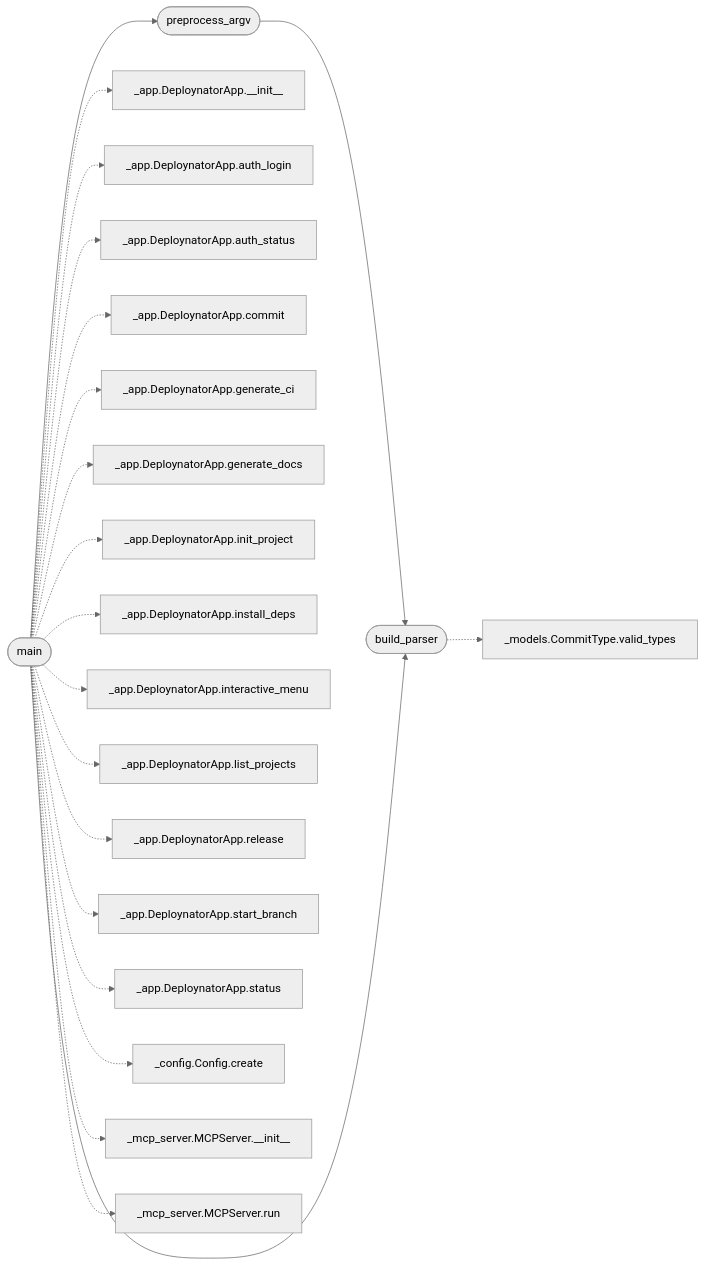
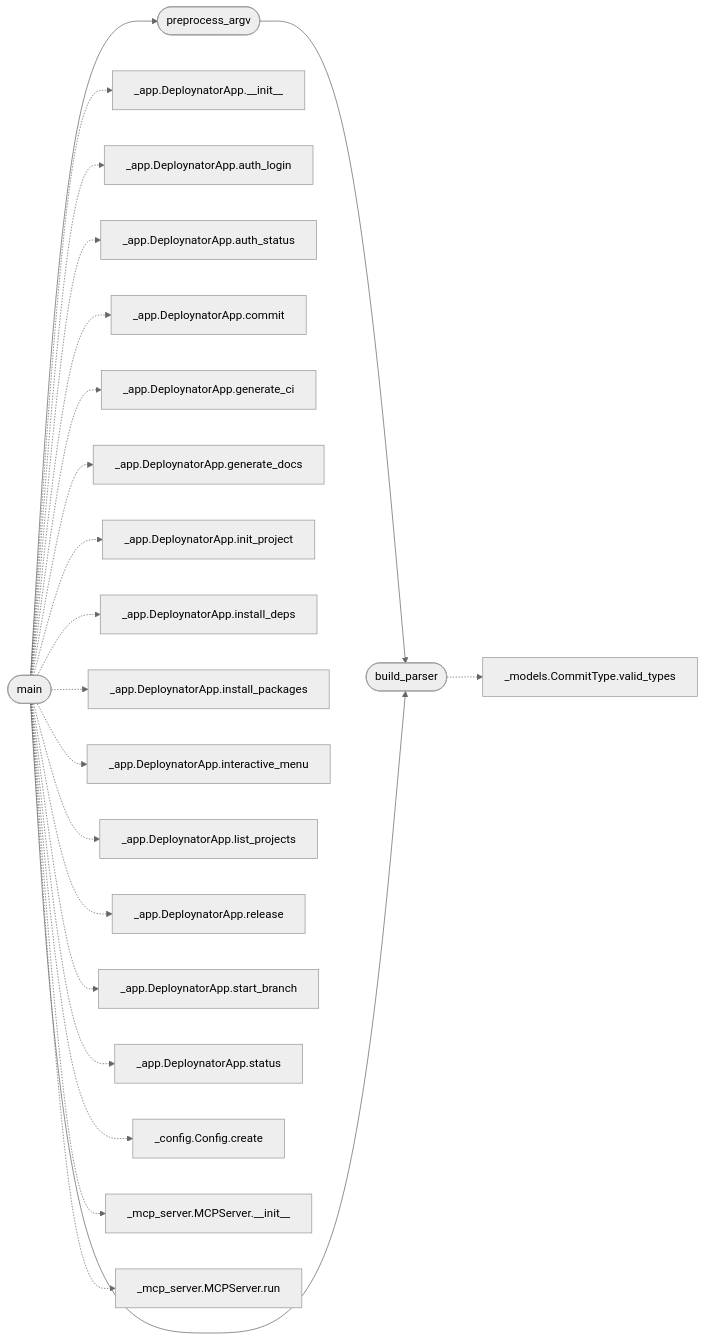
One commit to grisuno/deploynator changed the diagram in readmenator-apidocs/modules/deploynator.__main__.py.md. Above: the diagram before and after it, drawn with Mermaid (neutral theme). The commit also changed other lines of this file and 116 other files, not shown here.

First line of the commit message:
patch: app.py library example, install from PyPI

````diff
--- a/readmenator-apidocs/modules/deploynator.__main__.py.md
+++ b/readmenator-apidocs/modules/deploynator.__main__.py.md
@@ -14,43 +14,45 @@
 ```mermaid
 flowchart LR
     n_deploynator___main___py__preprocess_argv(["preprocess_argv"])
     n_deploynator___main___py__build_parser(["build_parser"])
     n_deploynator___main___py__main(["main"])
     n_deploynator__models_py__CommitType_valid_types["_models.CommitType.valid_types"]
     n_deploynator__app_py__DeploynatorApp___init__["_app.DeploynatorApp.__init__"]
     n_deploynator__app_py__DeploynatorApp_auth_login["_app.DeploynatorApp.auth_login"]
     n_deploynator__app_py__DeploynatorApp_auth_status["_app.DeploynatorApp.auth_status"]
     n_deploynator__app_py__DeploynatorApp_commit["_app.DeploynatorApp.commit"]
     n_deploynator__app_py__DeploynatorApp_generate_ci["_app.DeploynatorApp.generate_ci"]
     n_deploynator__app_py__DeploynatorApp_generate_docs["_app.DeploynatorApp.generate_docs"]
     n_deploynator__app_py__DeploynatorApp_init_project["_app.DeploynatorApp.init_project"]
     n_deploynator__app_py__DeploynatorApp_install_deps["_app.DeploynatorApp.install_deps"]
+    n_deploynator__app_py__DeploynatorApp_install_packages["_app.DeploynatorApp.install_packages"]
     n_deploynator__app_py__DeploynatorApp_interactive_menu["_app.DeploynatorApp.interactive_menu"]
     n_deploynator__app_py__DeploynatorApp_list_projects["_app.DeploynatorApp.list_projects"]
     n_deploynator__app_py__DeploynatorApp_release["_app.DeploynatorApp.release"]
     n_deploynator__app_py__DeploynatorApp_start_branch["_app.DeploynatorApp.start_branch"]
     n_deploynator__app_py__DeploynatorApp_status["_app.DeploynatorApp.status"]
     n_deploynator__config_py__Config_create["_config.Config.create"]
     n_deploynator__mcp_server_py__MCPServer___init__["_mcp_server.MCPServer.__init__"]
     n_deploynator__mcp_server_py__MCPServer_run["_mcp_server.MCPServer.run"]
     n_deploynator___main___py__preprocess_argv --> n_deploynator___main___py__build_parser
     n_deploynator___main___py__main --> n_deploynator___main___py__build_parser
     n_deploynator___main___py__main --> n_deploynator___main___py__preprocess_argv
     n_deploynator___main___py__build_parser -.-> n_deploynator__models_py__CommitType_valid_types
     n_deploynator___main___py__main -.-> n_deploynator__app_py__DeploynatorApp___init__
     n_deploynator___main___py__main -.-> n_deploynator__app_py__DeploynatorApp_auth_login
     n_deploynator___main___py__main -.-> n_deploynator__app_py__DeploynatorApp_auth_status
     n_deploynator___main___py__main -.-> n_deploynator__app_py__DeploynatorApp_commit
     n_deploynator___main___py__main -.-> n_deploynator__app_py__DeploynatorApp_generate_ci
     n_deploynator___main___py__main -.-> n_deploynator__app_py__DeploynatorApp_generate_docs
     n_deploynator___main___py__main -.-> n_deploynator__app_py__DeploynatorApp_init_project
     n_deploynator___main___py__main -.-> n_deploynator__app_py__DeploynatorApp_install_deps
+    n_deploynator___main___py__main -.-> n_deploynator__app_py__DeploynatorApp_install_packages
     n_deploynator___main___py__main -.-> n_deploynator__app_py__DeploynatorApp_interactive_menu
     n_deploynator___main___py__main -.-> n_deploynator__app_py__DeploynatorApp_list_projects
     n_deploynator___main___py__main -.-> n_deploynator__app_py__DeploynatorApp_release
     n_deploynator___main___py__main -.-> n_deploynator__app_py__DeploynatorApp_start_branch
     n_deploynator___main___py__main -.-> n_deploynator__app_py__DeploynatorApp_status
     n_deploynator___main___py__main -.-> n_deploynator__config_py__Config_create
     n_deploynator___main___py__main -.-> n_deploynator__mcp_server_py__MCPServer___init__
     n_deploynator___main___py__main -.-> n_deploynator__mcp_server_py__MCPServer_run
 ```
````
